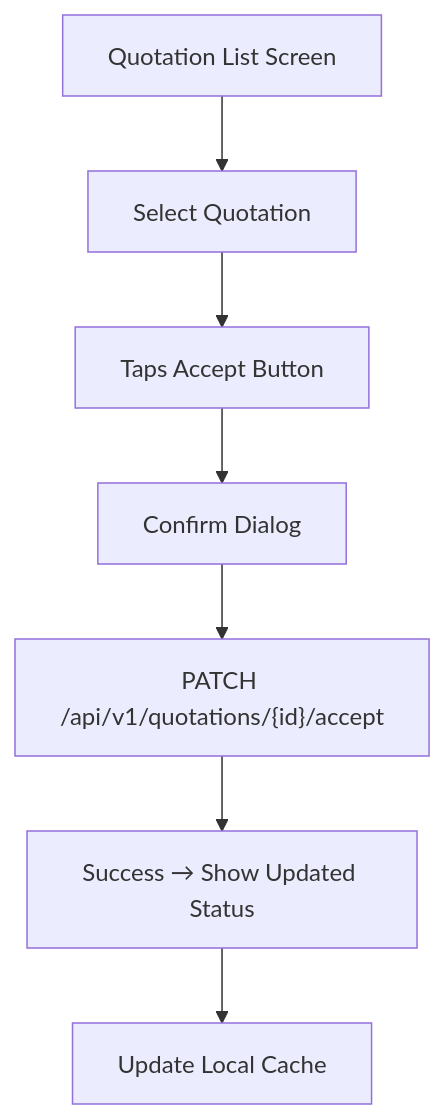
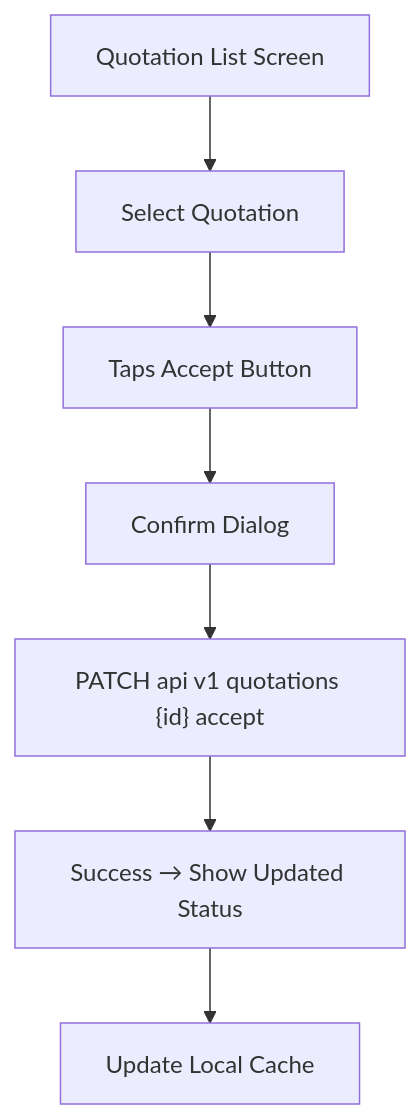
One commit to PraveenGPTrueReach/solarium-docs changed the fourth of 6 diagrams in L3-LLD-CUSTAP.md. Above: the diagram before and after it, drawn with Mermaid. The commit also changed other lines of this file and 5 other files, not shown here.

````diff
--- a/L3-LLD-CUSTAP.md
+++ b/L3-LLD-CUSTAP.md
@@ -220,10 +220,10 @@
 ```mermaid
 flowchart TB
     A["Quotation List Screen"] --> B["Select Quotation"]
     B --> C["Taps Accept Button"]
     C --> D["Confirm Dialog"]
-    D --> E["PATCH /api/v1/quotations/{id}/accept"]
+    D --> E["PATCH api v1 quotations {id} accept"]
     E --> F["Success → Show Updated Status"]
     F --> G["Update Local Cache"]
 
 ```
````
